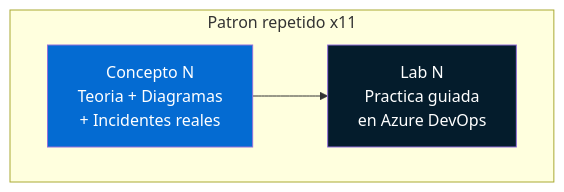
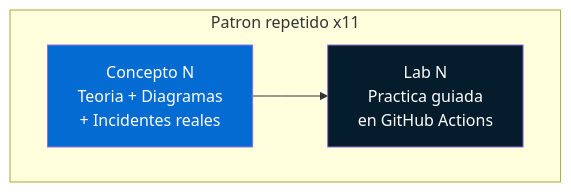
One commit to jhonsanchez/workshop-devsecops-pipelines changed the first of 2 diagrams in docs/modulo0/index.md. Above: the diagram before and after it, drawn with Mermaid. The commit also changed other lines of this file and 52 other files, not shown here.

First line of the commit message:
feat: pivot workshop from Azure DevOps to GitHub Actions

````diff
--- a/docs/modulo0/index.md
+++ b/docs/modulo0/index.md
@@ -54,10 +54,10 @@
 ```mermaid
 flowchart LR
     subgraph Patron["Patron repetido x11"]
         direction LR
-        T[Concepto N<br/>Teoria + Diagramas<br/>+ Incidentes reales] --> P[Lab N<br/>Practica guiada<br/>en Azure DevOps]
+        T[Concepto N<br/>Teoria + Diagramas<br/>+ Incidentes reales] --> P[Lab N<br/>Practica guiada<br/>en GitHub Actions]
     end
 
     style T fill:#046BD2,color:#fff
     style P fill:#041C2C,color:#fff
 ```
````
